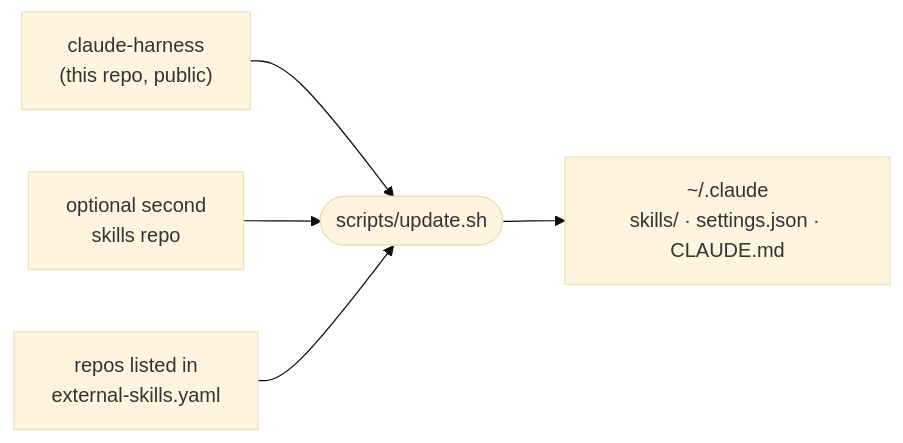
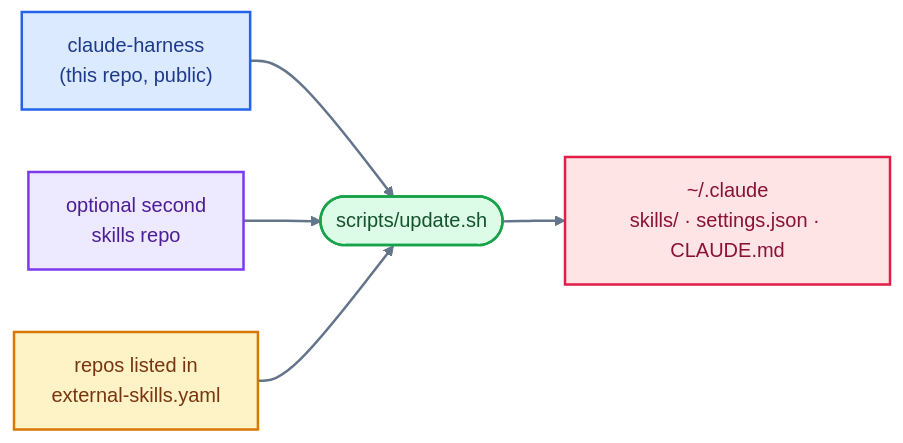
Before and after one commit to araltiparmak/claude-harness: the diagram in README.md, drawn with Mermaid (base theme). The commit also changed other lines of this file and 18 other files, not shown here.

````diff
--- a/README.md
+++ b/README.md
@@ -9,12 +9,23 @@
 ```mermaid
 flowchart LR
   H["claude-harness<br/>(this repo, public)"]
   P["optional second<br/>skills repo"]
   S["repos listed in<br/>external-skills.yaml"]
   U(["scripts/update.sh"])
   C["~/.claude<br/>skills/ · settings.json · CLAUDE.md"]
   H --> U
   P --> U
   S --> U
   U --> C
+  classDef repo fill:#dbeafe,stroke:#2563eb,stroke-width:2px,color:#1e3a8a
+  classDef private fill:#ede9fe,stroke:#7c3aed,stroke-width:2px,color:#4c1d95
+  classDef external fill:#fef3c7,stroke:#d97706,stroke-width:2px,color:#78350f
+  classDef script fill:#dcfce7,stroke:#16a34a,stroke-width:2px,color:#14532d
+  classDef target fill:#ffe4e6,stroke:#e11d48,stroke-width:2px,color:#881337
+  class H repo
+  class P private
+  class S external
+  class U script
+  class C target
+  linkStyle default stroke:#64748b,stroke-width:2px
 ```
````
